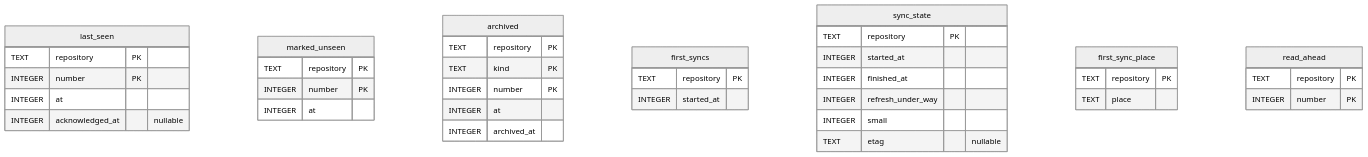
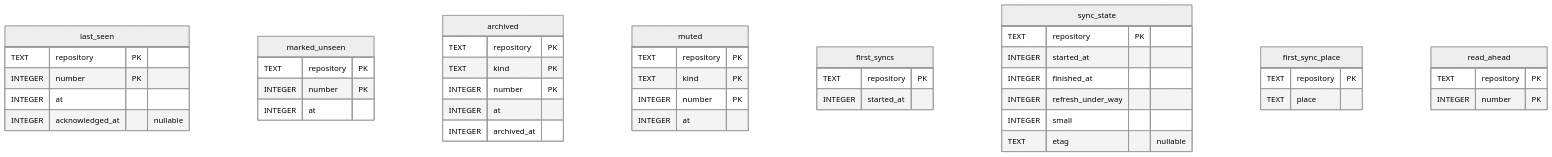
One commit to tsugiki/tsugiki changed the fourth of 4 diagrams in docs/schema.md. Above: the diagram before and after it, drawn with Mermaid (neutral theme). The commit also changed 62 other files, not shown here.

````diff
--- a/docs/schema.md
+++ b/docs/schema.md
@@ -261,41 +261,47 @@
 ```mermaid
 erDiagram
     last_seen {
         TEXT repository PK
         INTEGER number PK
         INTEGER at
         INTEGER acknowledged_at "nullable"
     }
     marked_unseen {
         TEXT repository PK
         INTEGER number PK
         INTEGER at
     }
     archived {
         TEXT repository PK
         TEXT kind PK
         INTEGER number PK
         INTEGER at
         INTEGER archived_at
+    }
+    muted {
+        TEXT repository PK
+        TEXT kind PK
+        INTEGER number PK
+        INTEGER at
     }
     first_syncs {
         TEXT repository PK
         INTEGER started_at
     }
     sync_state {
         TEXT repository PK
         INTEGER started_at
         INTEGER finished_at
         INTEGER refresh_under_way
         INTEGER small
         TEXT etag "nullable"
     }
     first_sync_place {
         TEXT repository PK
         TEXT place
     }
     read_ahead {
         TEXT repository PK
         INTEGER number PK
     }
 ```
````
